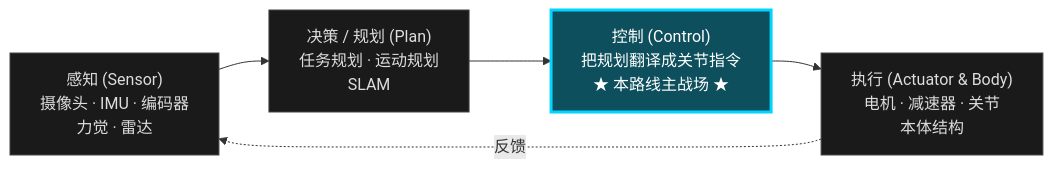
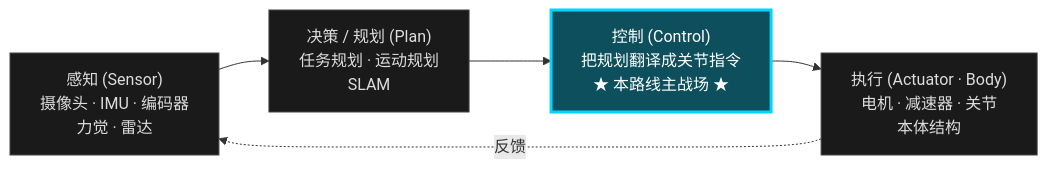
One commit to ImChong/Robotics_Notebooks changed the first of 2 diagrams in roadmap/motion-control.md. Above: the diagram before and after it, drawn with Mermaid. The commit also changed 4 other files, not shown here.

First line of the commit message:
fix: 路线图 motion-control 流程图执行节点 & 渲染为 &amp;

````diff
--- a/roadmap/motion-control.md
+++ b/roadmap/motion-control.md
@@ -42,15 +42,15 @@
 ```mermaid
 flowchart LR
   Sensor["感知 (Sensor)<br/>摄像头 · IMU · 编码器<br/>力觉 · 雷达"]
   Plan["决策 / 规划 (Plan)<br/>任务规划 · 运动规划<br/>SLAM"]
   Control["控制 (Control)<br/>把规划翻译成关节指令<br/>★ 本路线主战场 ★"]
-  Body["执行 (Actuator & Body)<br/>电机 · 减速器 · 关节<br/>本体结构"]
+  Body["执行 (Actuator · Body)<br/>电机 · 减速器 · 关节<br/>本体结构"]
 
   Sensor --> Plan --> Control --> Body
   Body -. 反馈 .-> Sensor
 
   classDef mainFocus fill:#0d4f5c,stroke:#00d4ff,stroke-width:3px,color:#fff
   classDef other fill:#1a1a1a,stroke:#444,color:#ddd
   class Control mainFocus
   class Sensor,Plan,Body other
 ```
````
